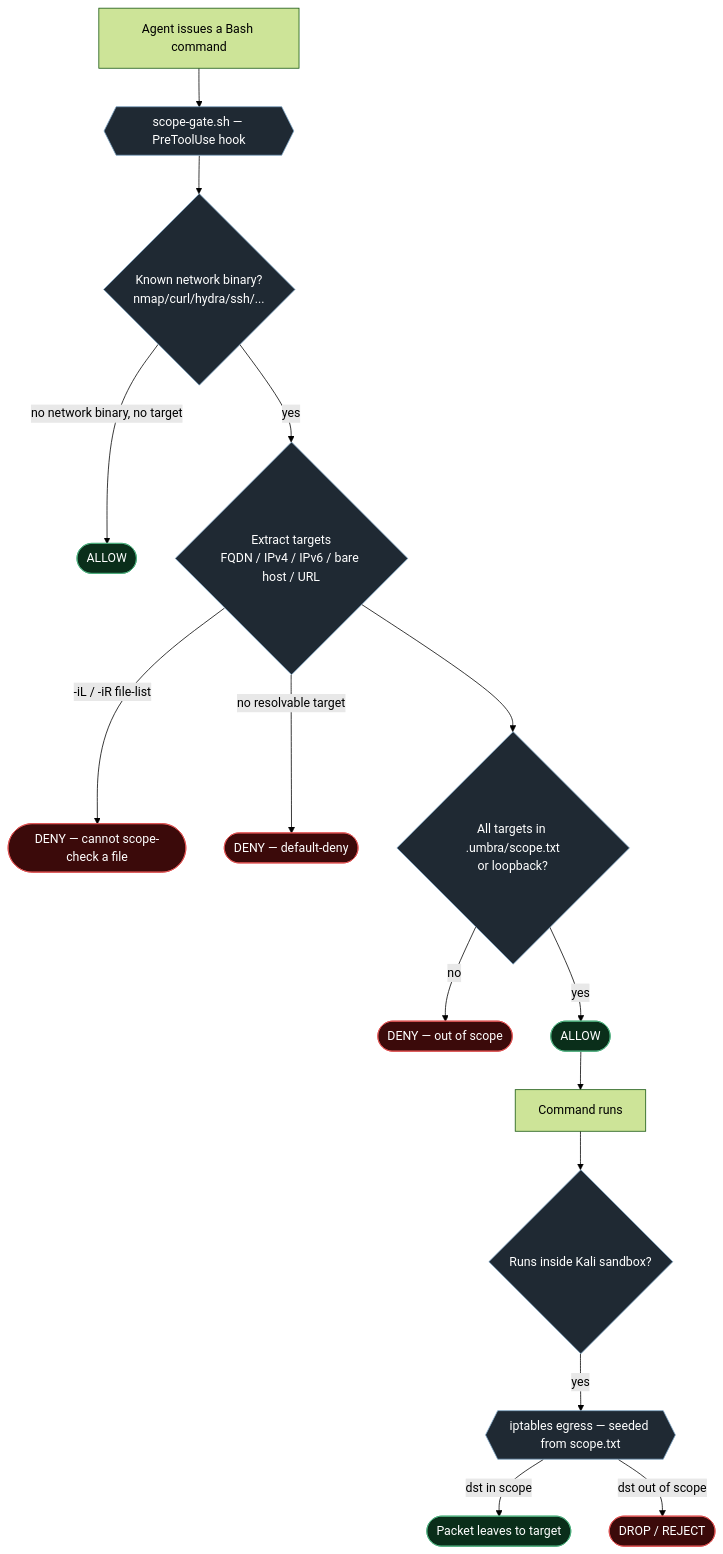
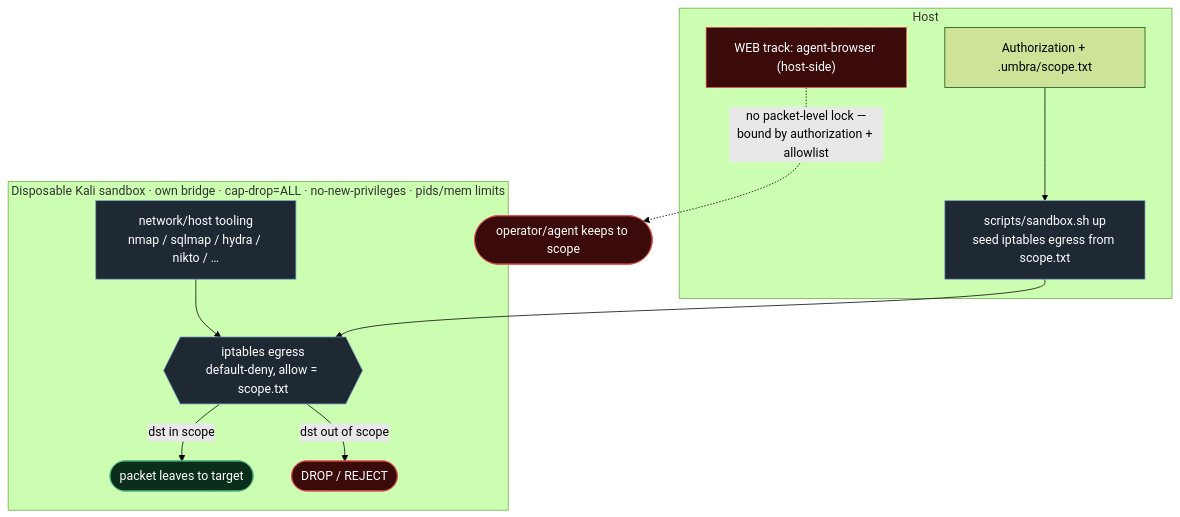
One commit to juanroman-hash/umbra changed the third of 7 diagrams in docs/ARCHITECTURE.md. Above: the diagram before and after it, drawn with Mermaid (forest theme). The commit also changed other lines of this file and 9 other files, not shown here.

First line of the commit message:
Remove global PreToolUse scope-gate hook (v0.2.0)

````diff
--- a/docs/ARCHITECTURE.md
+++ b/docs/ARCHITECTURE.md
@@ -89,27 +91,24 @@
 ```mermaid
 flowchart TD
-    CMD[Agent issues a Bash command] --> HOOK{{scope-gate.sh — PreToolUse hook}}
+    subgraph HOST[Host]
+      A[Authorization + .umbra/scope.txt] --> UP["scripts/sandbox.sh up<br/>seed iptables egress from scope.txt"]
+      WEB["WEB track: agent-browser (host-side)"]
+    end
 
-    HOOK --> NB{Known network binary?<br/>nmap/curl/hydra/ssh/...}
-    NB -->|no network binary, no target| ALLOW1([ALLOW])
-    NB -->|yes| TGT{Extract targets<br/>FQDN / IPv4 / IPv6 / bare host / URL}
+    subgraph BOX[Disposable Kali sandbox · own bridge · cap-drop=ALL · no-new-privileges · pids/mem limits]
+      TOOL["network/host tooling<br/>nmap / sqlmap / hydra / nikto / …"] --> FW{{iptables egress<br/>default-deny, allow = scope.txt}}
+      FW -->|"dst in scope"| NET([packet leaves to target])
+      FW -->|"dst out of scope"| DROP([DROP / REJECT])
+    end
 
-    TGT -->|"-iL / -iR file-list"| DENY1([DENY — cannot scope-check a file])
-    TGT -->|no resolvable target| DENY2([DENY — default-deny])
-    TGT --> SC{All targets in .umbra/scope.txt<br/>or loopback?}
-    SC -->|no| DENY3([DENY — out of scope])
-    SC -->|yes| ALLOW2([ALLOW])
-
-    ALLOW2 --> EXEC[Command runs]
-    EXEC --> INSANDBOX{Runs inside Kali sandbox?}
-    INSANDBOX -->|yes| FW{{iptables egress — seeded from scope.txt}}
-    FW -->|"dst in scope"| NET([Packet leaves to target])
-    FW -->|"dst out of scope"| DROP([DROP / REJECT])
+    UP --> FW
+    WEB -.->|"no packet-level lock —<br/>bound by authorization + allowlist"| AUTHZ([operator/agent keeps to scope])
 
     classDef deny fill:#3b0a0a,stroke:#e05252,color:#fff;
     classDef allow fill:#0a2e1a,stroke:#4caf7d,color:#fff;
     classDef gate fill:#1f2933,stroke:#7aa2c2,color:#fff;
-    class DENY1,DENY2,DENY3,DROP deny;
-    class ALLOW1,ALLOW2,NET allow;
-    class HOOK,FW,NB,TGT,SC,INSANDBOX gate;
+    class DROP deny;
+    class NET allow;
+    class FW,UP,TOOL gate;
+    class AUTHZ,WEB deny;
 ```
````
